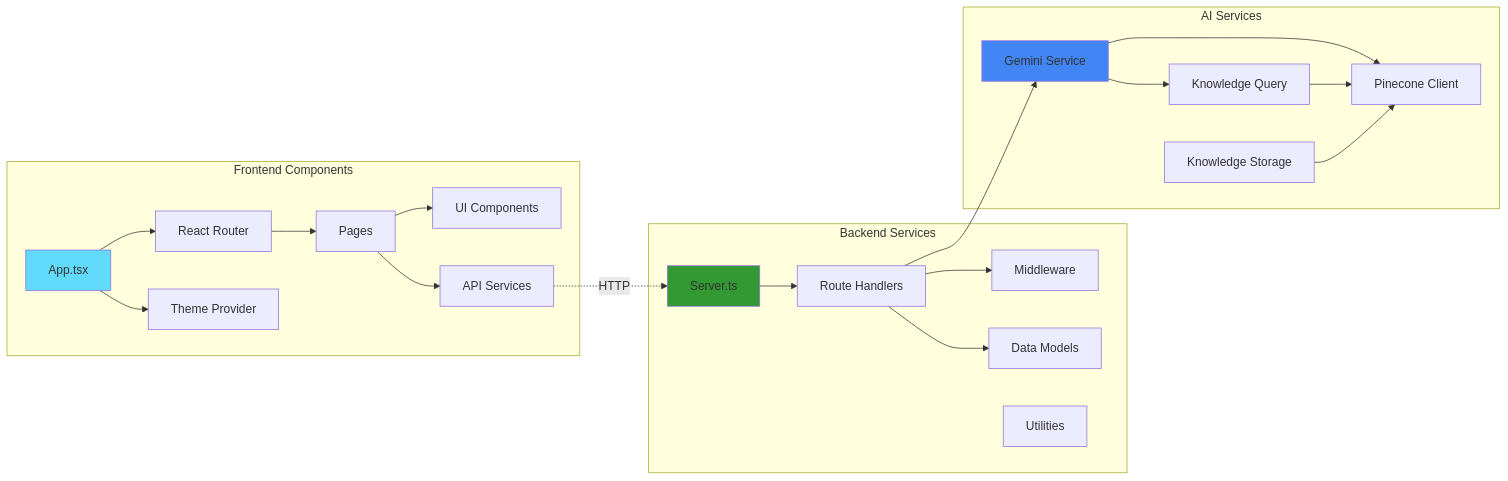
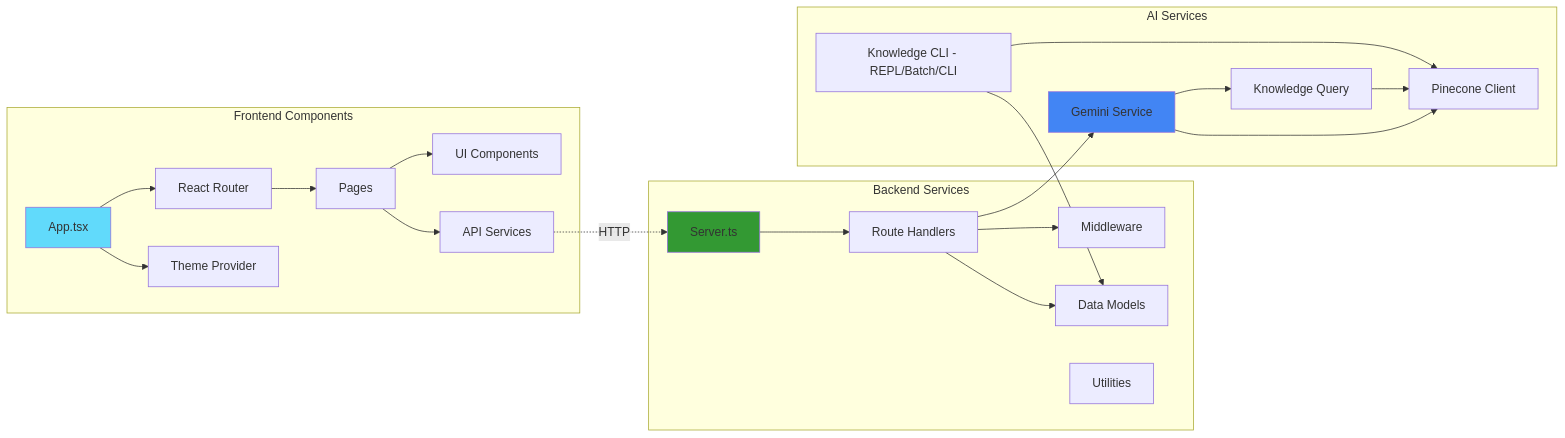
The second of 30 diagrams in ARCHITECTURE.md (hoangsonww/AI-RAG-Assistant-Chatbot), drawn with Mermaid before and after one commit. The commit also changed other lines of this file and 30 other files, not shown here.

First line of the commit message:
feat(rag): enhance RAG pipeline with inline citations, knowledge CLI, and improved source management

````diff
--- a/ARCHITECTURE.md
+++ b/ARCHITECTURE.md
@@ -119,47 +119,48 @@
 ```mermaid
 graph LR
     subgraph "Frontend Components"
         App[App.tsx]
         Router[React Router]
         Pages[Pages]
         Components[UI Components]
         Services[API Services]
         Theme[Theme Provider]
     end
 
     subgraph "Backend Services"
         Server[Server.ts]
         Routes[Route Handlers]
         Middleware[Middleware]
         Models[Data Models]
         Utils[Utilities]
     end
 
     subgraph "AI Services"
         GeminiSvc[Gemini Service]
         PineconeSvc[Pinecone Client]
         QueryKnowledge[Knowledge Query]
-        StoreKnowledge[Knowledge Storage]
+        KnowledgeCLI[Knowledge CLI - REPL/Batch/CLI]
     end
 
     App --> Router
     Router --> Pages
     Pages --> Components
     Pages --> Services
     App --> Theme
 
     Services -.HTTP.-> Server
     Server --> Routes
     Routes --> Middleware
     Routes --> Models
     Routes --> GeminiSvc
 
     GeminiSvc --> PineconeSvc
     GeminiSvc --> QueryKnowledge
     QueryKnowledge --> PineconeSvc
-    StoreKnowledge --> PineconeSvc
+    KnowledgeCLI --> PineconeSvc
+    KnowledgeCLI --> Models
 
     style App fill:#61DAFB
     style Server fill:#339933
     style GeminiSvc fill:#4285F4
 ```
````
